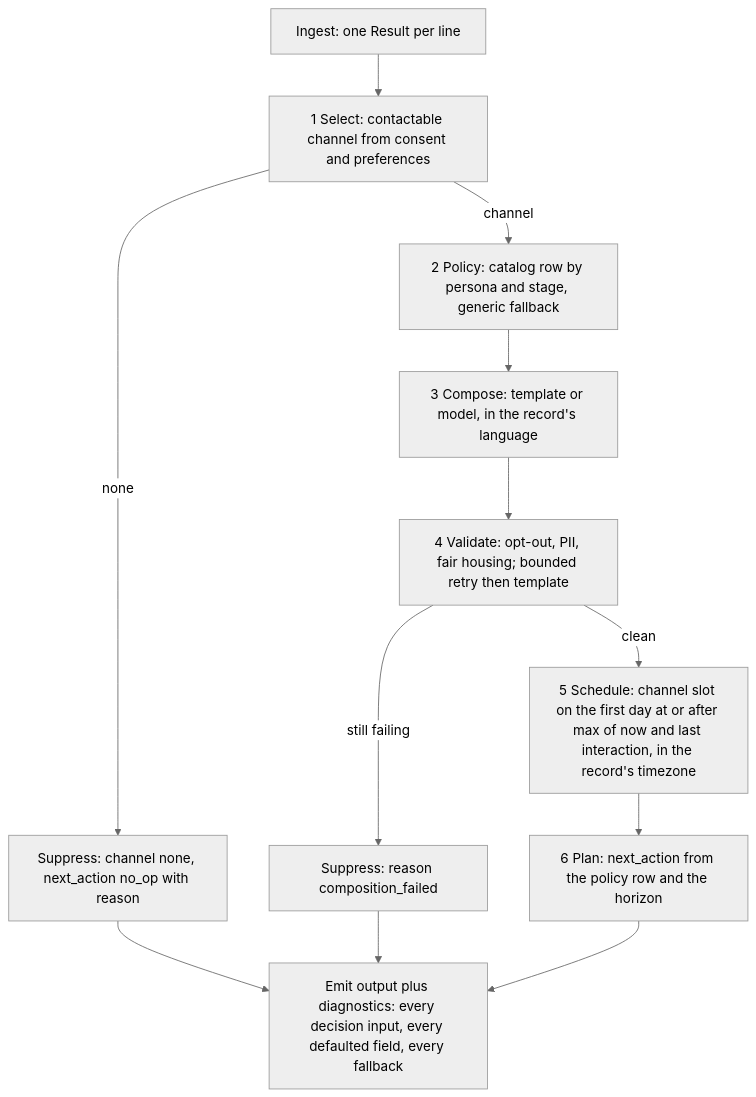
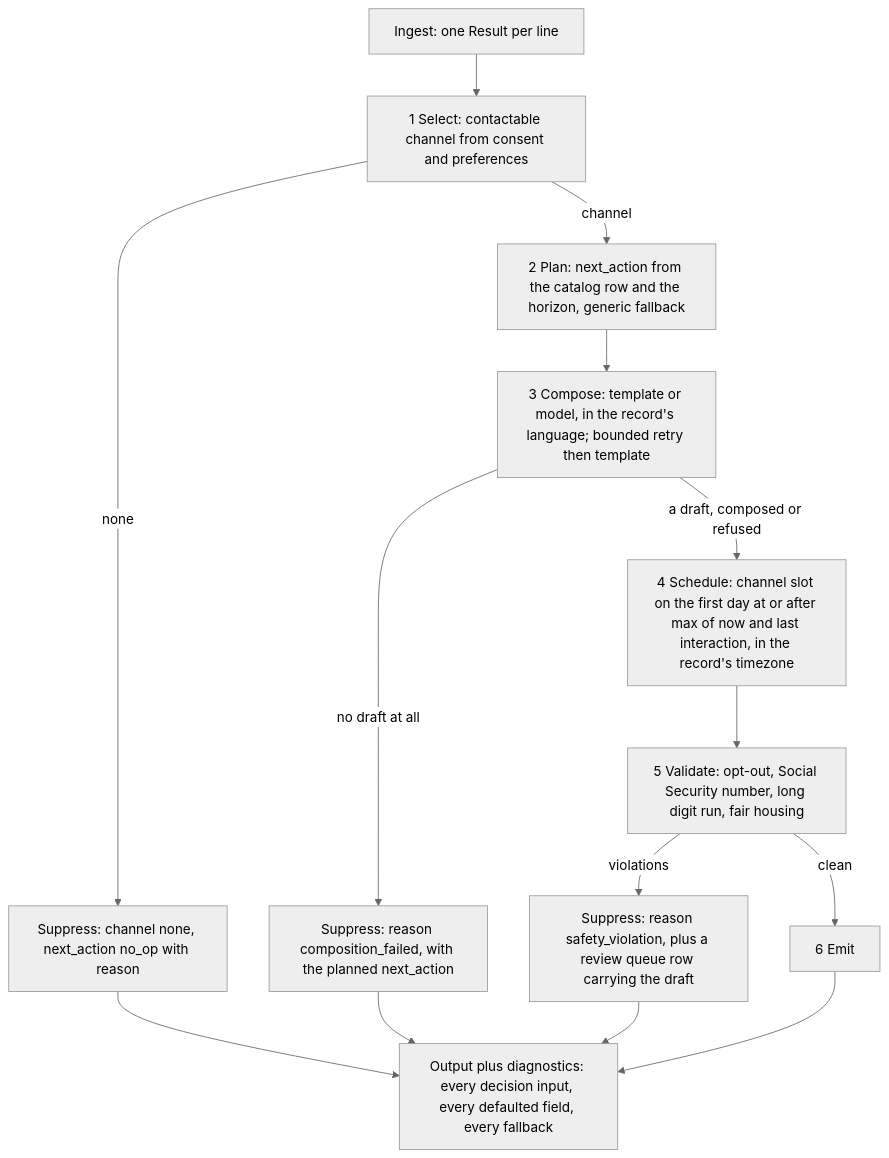
One commit to AndrewVanDelden/RealPagesInterview changed the diagram in docs/DESIGN.md. Above: the diagram before and after it, drawn with Mermaid (neutral theme). The commit also changed other lines of this file and 9 other files, not shown here.

````diff
--- a/docs/DESIGN.md
+++ b/docs/DESIGN.md
@@ -152,14 +152,16 @@
 ```mermaid
 flowchart TD
     A[Ingest: one Result per line] --> B[1 Select: contactable channel from consent and preferences]
     B -- none --> S[Suppress: channel none, next_action no_op with reason]
-    B -- channel --> C[2 Policy: catalog row by persona and stage, generic fallback]
-    C --> D[3 Compose: template or model, in the record's language]
-    D --> E[4 Validate: opt-out, PII, fair housing; bounded retry then template]
-    E -- still failing --> S2[Suppress: reason composition_failed]
-    E -- clean --> F[5 Schedule: channel slot on the first day at or after max of now and last interaction, in the record's timezone]
-    F --> G[6 Plan: next_action from the policy row and the horizon]
-    S --> H[Emit output plus diagnostics: every decision input, every defaulted field, every fallback]
+    B -- channel --> C[2 Plan: next_action from the catalog row and the horizon, generic fallback]
+    C --> D[3 Compose: template or model, in the record's language; bounded retry then template]
+    D -- no draft at all --> S2[Suppress: reason composition_failed, with the planned next_action]
+    D -- a draft, composed or refused --> E[4 Schedule: channel slot on the first day at or after max of now and last interaction, in the record's timezone]
+    E --> F[5 Validate: opt-out, Social Security number, long digit run, fair housing]
+    F -- violations --> S3[Suppress: reason safety_violation, plus a review queue row carrying the draft]
+    F -- clean --> G[6 Emit]
+    S --> H[Output plus diagnostics: every decision input, every defaulted field, every fallback]
     S2 --> H
+    S3 --> H
     G --> H
 ```
````
